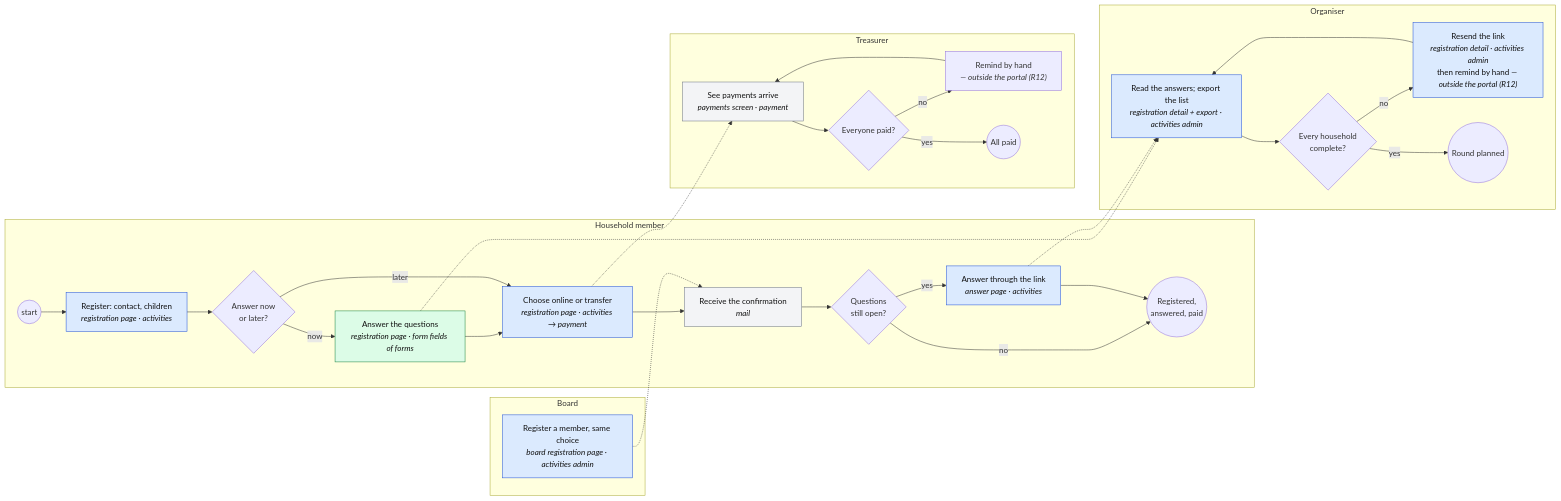
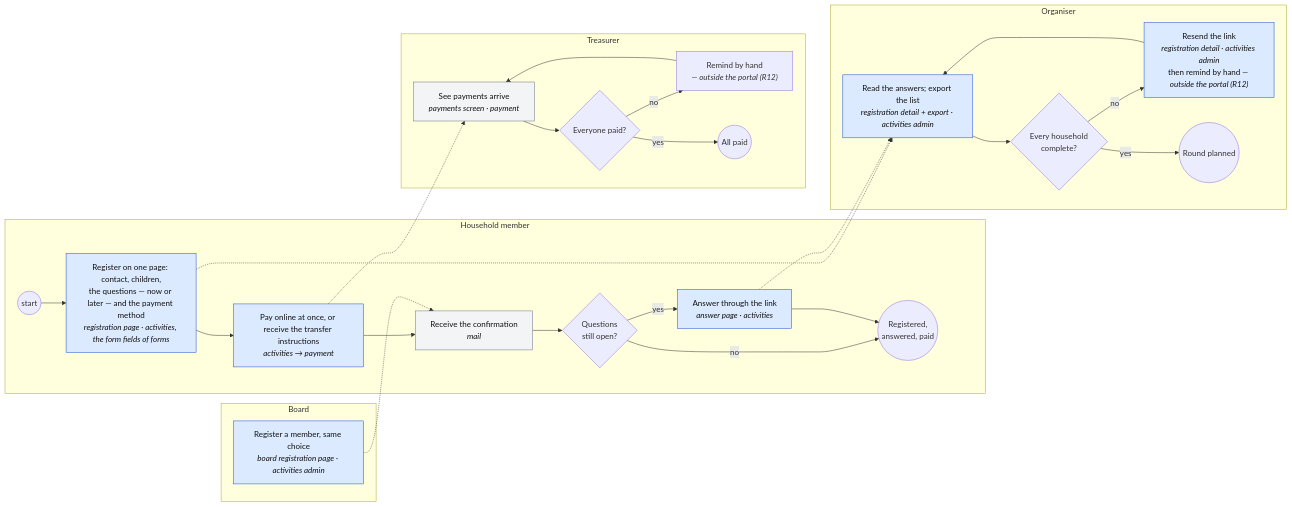
The fourth of 6 diagrams in docs/change_request_14_registration_questions.md (KoenRenders/KoenTest), drawn with Mermaid before and after one commit. The commit also changed other lines of this file, not shown here.

First line of the commit message:
docs(cr-14): the payment follows the registration itself, whether the questions are answered now or later — the member lane redrawn in A3 and B2.1

````diff
--- a/docs/change_request_14_registration_questions.md
+++ b/docs/change_request_14_registration_questions.md
@@ -325,40 +324,36 @@
 ```mermaid
 flowchart LR
   subgraph member["Household member"]
-    m0((start)) --> m1["Register: contact, children<br/><i>registration page · activities</i>"]
-    m1 --> m2{Answer now<br/>or later?}
-    m2 -- now --> m3["Answer the questions<br/><i>registration page · form fields of forms</i>"]
-    m3 --> m4["Choose online or transfer<br/><i>registration page · activities → payment</i>"]
-    m2 -- later --> m4
+    m0((start)) --> m1["Register on one page: contact, children,<br/>the questions — now or later — and the payment method<br/><i>registration page · activities, the form fields of forms</i>"]
+    m1 --> m4["Pay online at once, or receive the transfer instructions<br/><i>activities → payment</i>"]
     m4 --> m5["Receive the confirmation<br/><i>mail</i>"]
     m5 --> m6{Questions<br/>still open?}
     m6 -- yes --> m7["Answer through the link<br/><i>answer page · activities</i>"]
     m6 -- no --> m8
     m7 --> m8((Registered,<br/>answered, paid))
   end
   subgraph board["Board"]
     b1["Register a member, same choice<br/><i>board registration page · activities admin</i>"]
   end
   subgraph treasurer["Treasurer"]
     t1["See payments arrive<br/><i>payments screen · payment</i>"] --> t2{Everyone paid?}
     t2 -- no --> t3["Remind by hand<br/><i>— outside the portal (R12)</i>"]
     t3 --> t1
     t2 -- yes --> t4((All paid))
   end
   subgraph organiser2["Organiser"]
     o1["Read the answers; export the list<br/><i>registration detail + export · activities admin</i>"] --> o2{Every household<br/>complete?}
     o2 -- no --> o3["Resend the link<br/><i>registration detail · activities admin</i><br/>then remind by hand <i>— outside the portal (R12)</i>"]
     o3 --> o1
     o2 -- yes --> o4((Round planned))
   end
   m4 -.-> t1
   b1 -.-> m5
-  m3 -.-> o1
+  m1 -.-> o1
   m7 -.-> o1
   classDef act fill:#dbeafe,stroke:#1d4ed8,color:#111
   classDef frm fill:#dcfce7,stroke:#15803d,color:#111
   classDef oth fill:#f3f4f6,stroke:#6b7280,color:#111
   class m1,m4,m7,b1,o1,o3 act
-  class m3 frm
   class m5,t1 oth
 ```
````
